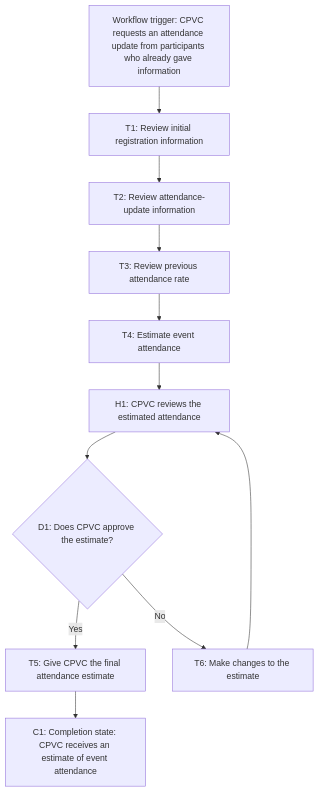
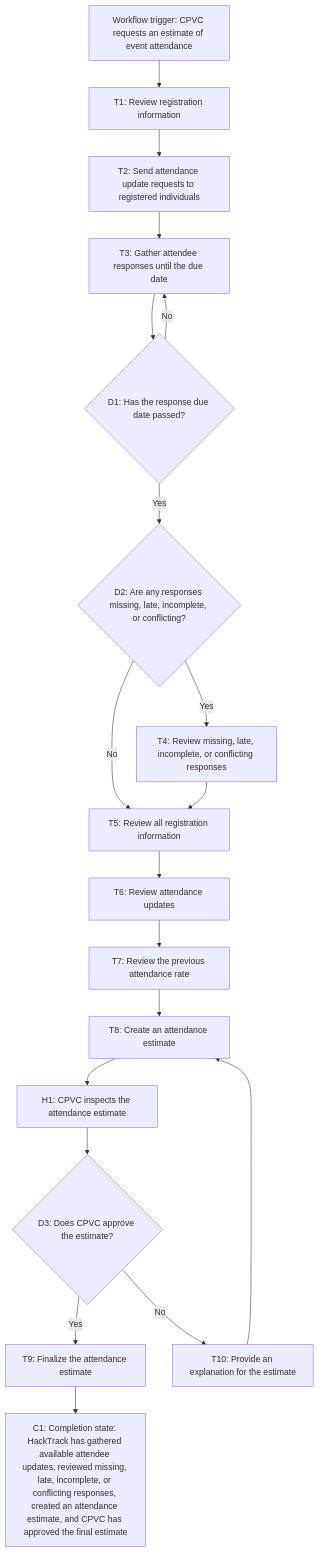
The diagram in my_first_agent/agent/workflow-of-tasks.md (kaconde/BUS4498_InClass_Builds), drawn with Mermaid before and after one commit. The commit also changed other lines of this file, not shown here.

Commit message:
Complete Friday Build 01 Part 2 workflow
Updated the workflow overview for HackTrack, detailing the process for estimating event attendance based on registration information and attendee updates. Improved clarity on workflow triggers, completion conditions, and added a new workflow diagram.

````diff
--- a/my_first_agent/agent/workflow-of-tasks.md
+++ b/my_first_agent/agent/workflow-of-tasks.md
@@ -25,13 +28,21 @@
 ```mermaid
 flowchart TD
-   S["Workflow trigger: CPVC requests an attendance update from participants who already gave information"] --> T1["T1: Review initial registration information"]
-    T1 --> T2["T2: Review attendance-update information"]
-    T2 --> T3["T3: Review previous attendance rate"]
-    T3 --> T4["T4: Estimate event attendance"]
-    T4 --> H1["H1: CPVC reviews the estimated attendance"]
-    H1 --> D1{"D1: Does CPVC approve the estimate?"}
-    D1 -->|Yes| T5["T5: Give CPVC the final attendance estimate"]
-    D1 -->|No| T6["T6: Make changes to the estimate"]
-    T6 --> H1
-    T5 --> C1["C1: Completion state: CPVC receives an estimate of event attendance"]
+    S["Workflow trigger: CPVC requests an estimate of event attendance"] --> T1["T1: Review registration information"]
+    T1 --> T2["T2: Send attendance update requests to registered individuals"]
+    T2 --> T3["T3: Gather attendee responses until the due date"]
+    T3 --> D1{"D1: Has the response due date passed?"}
+    D1 -->|No| T3
+    D1 -->|Yes| D2{"D2: Are any responses missing, late, incomplete, or conflicting?"}
+    D2 -->|Yes| T4["T4: Review missing, late, incomplete, or conflicting responses"]
+    D2 -->|No| T5["T5: Review all registration information"]
+    T4 --> T5
+    T5 --> T6["T6: Review attendance updates"]
+    T6 --> T7["T7: Review the previous attendance rate"]
+    T7 --> T8["T8: Create an attendance estimate"]
+    T8 --> H1["H1: CPVC inspects the attendance estimate"]
+    H1 --> D3{"D3: Does CPVC approve the estimate?"}
+    D3 -->|Yes| T9["T9: Finalize the attendance estimate"]
+    D3 -->|No| T10["T10: Provide an explanation for the estimate"]
+    T10 --> T8
+    T9 --> C1["C1: Completion state: HackTrack has gathered available attendee updates, reviewed missing, late, incomplete, or conflicting responses, created an attendance estimate, and CPVC has approved the final estimate"]
 ```
````
